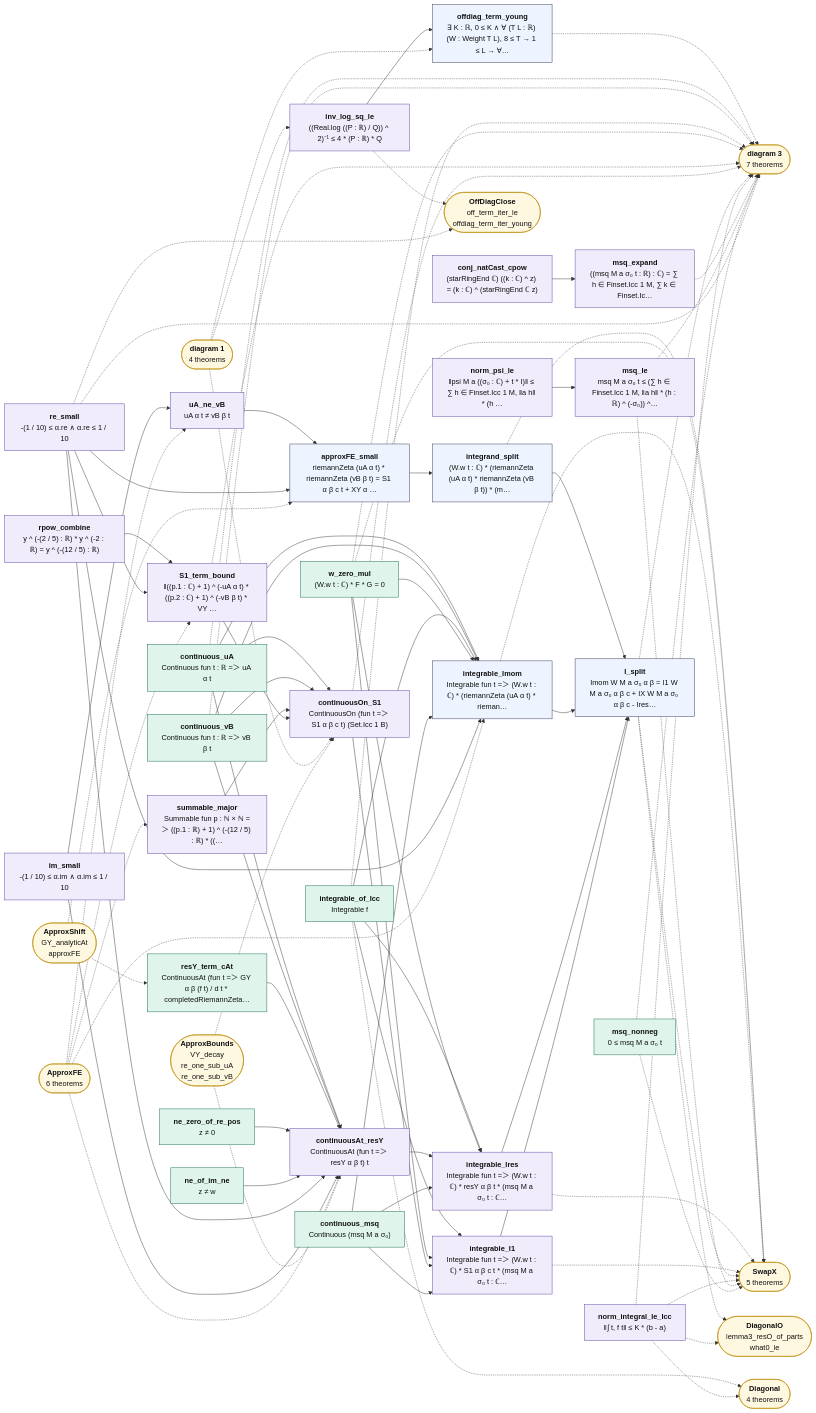
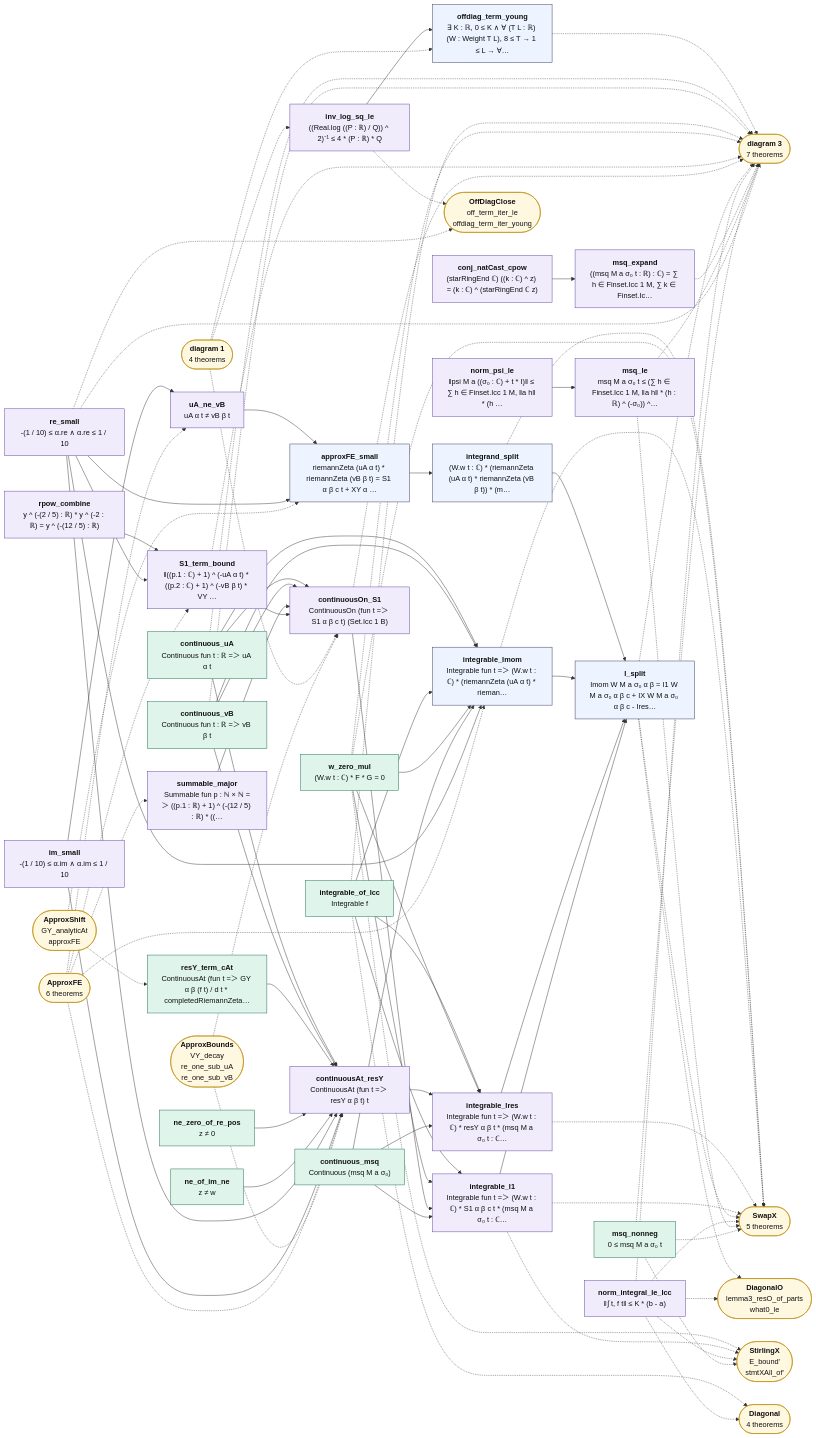
The diagram in map/lean_stage3/TwistedMoment.2.mmd (juliansambranojr/Primebeat_081426), drawn with Mermaid before and after one commit. The commit also changed 21 other files, not shown here.

```diff
--- a/map/lean_stage3/TwistedMoment.2.mmd
+++ b/map/lean_stage3/TwistedMoment.2.mmd
@@ -1,126 +1,131 @@
 flowchart LR
   n0["<b>inv_log_sq_le</b><br/>((Real.log ((P : ℝ) / Q)) ^ 2)⁻¹ ≤ 4 * (P : ℝ) * Q"]:::shp
   n1["<b>offdiag_term_young</b><br/>∃ K : ℝ, 0 ≤ K ∧ ∀ (T L : ℝ) (W : Weight T L), 8 ≤ T → 1 ≤ L → ∀…"]:::thm
   n2["<b>conj_natCast_cpow</b><br/>(starRingEnd ℂ) ((k : ℂ) ^ z) = (k : ℂ) ^ (starRingEnd ℂ z)"]:::shp
   n3["<b>msq_expand</b><br/>((msq M a σ₀ t : ℝ) : ℂ) = ∑ h ∈ Finset.Icc 1 M, ∑ k ∈ Finset.Ic…"]:::shp
   n4["<b>norm_psi_le</b><br/>‖psi M a ((σ₀ : ℂ) + t * I)‖ ≤ ∑ h ∈ Finset.Icc 1 M, ‖a h‖ * (h …"]:::shp
   n5["<b>msq_le</b><br/>msq M a σ₀ t ≤ (∑ h ∈ Finset.Icc 1 M, ‖a h‖ * (h : ℝ) ^ (-σ₀)) ^…"]:::shp
   n6["<b>msq_nonneg</b><br/>0 ≤ msq M a σ₀ t"]:::cnt
   n7["<b>continuous_msq</b><br/>Continuous (msq M a σ₀)"]:::cnt
   n8["<b>re_small</b><br/>-(1 / 10) ≤ α.re ∧ α.re ≤ 1 / 10"]:::shp
   n9["<b>im_small</b><br/>-(1 / 10) ≤ α.im ∧ α.im ≤ 1 / 10"]:::shp
   n10["<b>uA_ne_vB</b><br/>uA α t ≠ vB β t"]:::shp
   n11["<b>approxFE_small</b><br/>riemannZeta (uA α t) * riemannZeta (vB β t) = S1 α β c t + XY α …"]:::thm
   n12["<b>integrand_split</b><br/>(W.w t : ℂ) * (riemannZeta (uA α t) * riemannZeta (vB β t)) * (m…"]:::thm
   n13["<b>continuous_uA</b><br/>Continuous fun t : ℝ =＞ uA α t"]:::cnt
   n14["<b>continuous_vB</b><br/>Continuous fun t : ℝ =＞ vB β t"]:::cnt
   n15["<b>integrable_of_Icc</b><br/>Integrable f"]:::cnt
   n16["<b>w_zero_mul</b><br/>(W.w t : ℂ) * F * G = 0"]:::cnt
   n17["<b>integrable_Imom</b><br/>Integrable fun t =＞ (W.w t : ℂ) * (riemannZeta (uA α t) * rieman…"]:::thm
   n18["<b>resY_term_cAt</b><br/>ContinuousAt (fun t =＞ GY α β (f t) / d t * completedRiemannZeta…"]:::cnt
   n19["<b>ne_zero_of_re_pos</b><br/>z ≠ 0"]:::cnt
   n20["<b>ne_of_im_ne</b><br/>z ≠ w"]:::cnt
   n21["<b>continuousAt_resY</b><br/>ContinuousAt (fun t =＞ resY α β t) t"]:::shp
   n22["<b>integrable_Ires</b><br/>Integrable fun t =＞ (W.w t : ℂ) * resY α β t * (msq M a σ₀ t : ℂ…"]:::shp
   n23["<b>summable_major</b><br/>Summable fun p : ℕ × ℕ =＞ ((p.1 : ℝ) + 1) ^ (-(12 / 5) : ℝ) * ((…"]:::shp
   n24["<b>rpow_combine</b><br/>y ^ (-(2 / 5) : ℝ) * y ^ (-2 : ℝ) = y ^ (-(12 / 5) : ℝ)"]:::shp
   n25["<b>S1_term_bound</b><br/>‖((p.1 : ℂ) + 1) ^ (-uA α t) * ((p.2 : ℂ) + 1) ^ (-vB β t) * VY …"]:::shp
   n26["<b>continuousOn_S1</b><br/>ContinuousOn (fun t =＞ S1 α β c t) (Set.Icc 1 B)"]:::shp
   n27["<b>integrable_I1</b><br/>Integrable fun t =＞ (W.w t : ℂ) * S1 α β c t * (msq M a σ₀ t : ℂ…"]:::shp
   n28["<b>I_split</b><br/>Imom W M a σ₀ α β = I1 W M a σ₀ α β c + IX W M a σ₀ α β c - Ires…"]:::thm
   n29["<b>norm_integral_le_Icc</b><br/>‖∫ t, f t‖ ≤ K * (b - a)"]:::shp
   x0(["<b>diagram 1</b><br/>4 theorems"]):::ext
   x1(["<b>OffDiagClose</b><br/>off_term_iter_le<br/>offdiag_term_iter_young"]):::ext
   x2(["<b>diagram 3</b><br/>7 theorems"]):::ext
   x3(["<b>SwapX</b><br/>5 theorems"]):::ext
-  x4(["<b>ApproxFE</b><br/>6 theorems"]):::ext
-  x5(["<b>ApproxShift</b><br/>GY_analyticAt<br/>approxFE"]):::ext
-  x6(["<b>Diagonal</b><br/>4 theorems"]):::ext
-  x7(["<b>ApproxBounds</b><br/>VY_decay<br/>re_one_sub_uA<br/>re_one_sub_vB"]):::ext
-  x8(["<b>DiagonalO</b><br/>lemma3_resO_of_parts<br/>what0_le"]):::ext
+  x4(["<b>StirlingX</b><br/>E_bound'<br/>stmtXAll_of'"]):::ext
+  x5(["<b>ApproxFE</b><br/>6 theorems"]):::ext
+  x6(["<b>ApproxShift</b><br/>GY_analyticAt<br/>approxFE"]):::ext
+  x7(["<b>Diagonal</b><br/>4 theorems"]):::ext
+  x8(["<b>ApproxBounds</b><br/>VY_decay<br/>re_one_sub_uA<br/>re_one_sub_vB"]):::ext
+  x9(["<b>DiagonalO</b><br/>lemma3_resO_of_parts<br/>what0_le"]):::ext
   n0 --> n1
   n10 --> n11
   n11 --> n12
   n12 --> n28
   n13 --> n17
   n13 --> n21
   n13 --> n26
   n14 --> n17
   n14 --> n21
   n14 --> n26
   n15 --> n17
   n15 --> n22
   n15 --> n27
   n16 --> n17
   n16 --> n22
   n16 --> n27
   n17 --> n28
   n18 --> n21
   n19 --> n21
   n2 --> n3
   n20 --> n21
   n21 --> n22
   n22 --> n28
   n23 --> n26
   n24 --> n25
   n25 --> n26
   n26 --> n27
   n27 --> n28
   n4 --> n5
   n7 --> n17
   n7 --> n22
   n7 --> n27
   n8 --> n11
   n8 --> n17
   n8 --> n21
   n8 --> n25
   n9 --> n10
   n9 --> n21
   n0 -.-> x1
   n1 -.-> x2
   n12 -.-> x3
   n13 -.-> x2
   n14 -.-> x2
   n15 -.-> x2
-  n15 -.-> x6
+  n15 -.-> x7
   n16 -.-> x2
   n16 -.-> x3
+  n16 -.-> x4
   n17 -.-> x3
   n22 -.-> x3
   n25 -.-> x2
   n26 -.-> x2
   n27 -.-> x3
+  n27 -.-> x4
   n28 -.-> x2
   n28 -.-> x3
-  n28 -.-> x8
+  n28 -.-> x9
   n29 -.-> x2
   n29 -.-> x3
-  n29 -.-> x6
-  n29 -.-> x8
+  n29 -.-> x4
+  n29 -.-> x7
+  n29 -.-> x9
   n3 -.-> x2
   n5 -.-> x2
   n5 -.-> x3
   n6 -.-> x2
   n6 -.-> x3
+  n6 -.-> x4
   n8 -.-> x1
   n8 -.-> x2
   x0 -.-> n0
   x0 -.-> n1
   x0 -.-> n26
-  x4 -.-> n10
-  x4 -.-> n17
-  x4 -.-> n21
-  x4 -.-> n23
-  x4 -.-> n25
-  x5 -.-> n11
-  x5 -.-> n18
-  x7 -.-> n21
-  x7 -.-> n26
+  x5 -.-> n10
+  x5 -.-> n17
+  x5 -.-> n21
+  x5 -.-> n23
+  x5 -.-> n25
+  x6 -.-> n11
+  x6 -.-> n18
+  x8 -.-> n21
+  x8 -.-> n26
   classDef cnt fill:#dff5ec,stroke:#17694a,color:#111
   classDef shp fill:#f1ecfb,stroke:#5b3fa0,color:#111
   classDef rh fill:#ffe5e5,stroke:#c22,color:#111,stroke-width:2px
   classDef thm fill:#eef4ff,stroke:#335,color:#111
   classDef end_ fill:#e7f7e7,stroke:#2a7,color:#111,stroke-width:2px
   classDef lone fill:#fff,stroke:#999,color:#111,stroke-dasharray:4 3
   classDef bad fill:#ffe5e5,stroke:#c22,color:#111,stroke-width:2px
   classDef ext fill:#fff8e1,stroke:#b80,color:#111
```
